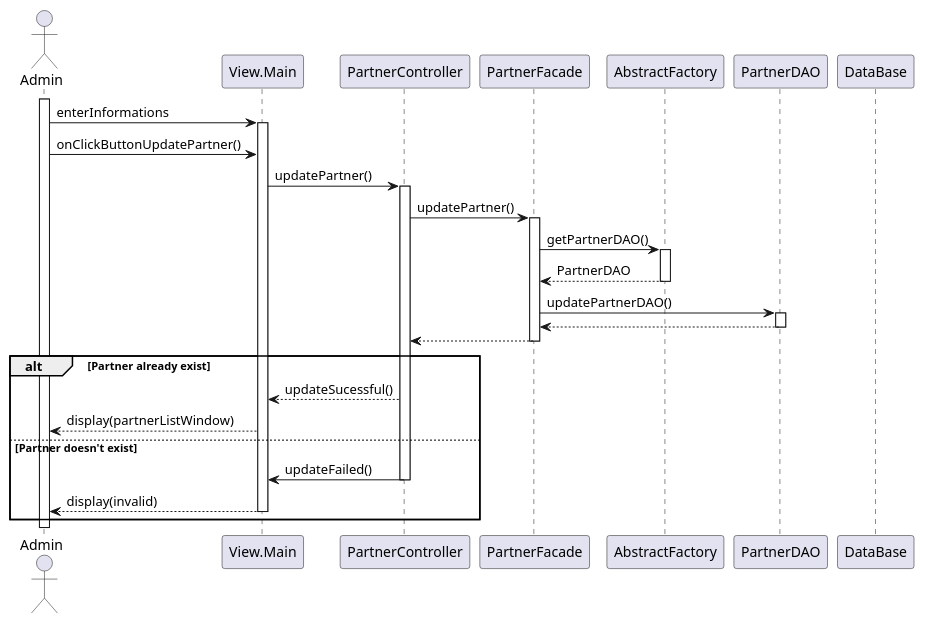
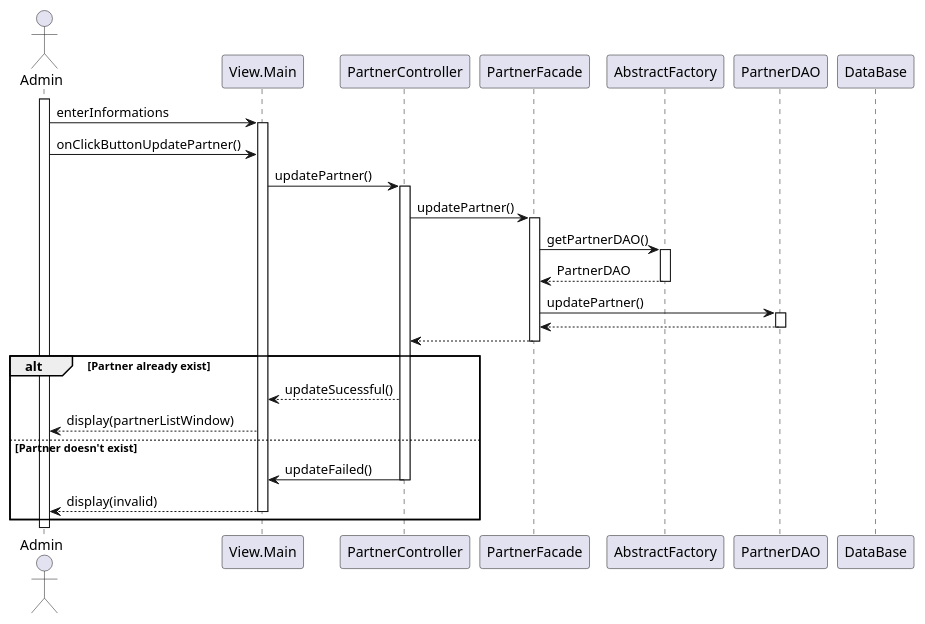
Before and after one commit to iusildra/WineCellar: the second of 3 diagrams in doc/reports/final/partners/partners_sequenceDiagram.plantUML, drawn with PlantUML. The commit also changed other lines of this file and 1 other file, not shown here.

```diff
--- a/doc/reports/final/partners/partners_sequenceDiagram.plantUML
+++ b/doc/reports/final/partners/partners_sequenceDiagram.plantUML
@@ -36,32 +36,32 @@
 @startuml <Update Partner>
 skinparam responseMessageBelowArrow true
 
 actor Admin
 participant View.Main
 participant PartnerController
 participant PartnerFacade
 participant AbstractFactory
 participant PartnerDAO
 participant DataBase
 
 activate Admin
 
 Admin -> View.Main++: enterInformations
 Admin -> View.Main: onClickButtonUpdatePartner()
 View.Main -> PartnerController++: updatePartner()
 PartnerController -> PartnerFacade++: updatePartner()
 PartnerFacade -> AbstractFactory++: getPartnerDAO()
 return PartnerDAO
-PartnerFacade -> PartnerDAO++: updatePartnerDAO()
+PartnerFacade -> PartnerDAO++: updatePartner()
 return
 return
 
 alt Partner already exist
     PartnerController --> View.Main: updateSucessful()
     View.Main --> Admin: display(partnerListWindow)
 else Partner doesn't exist
     PartnerController -> View.Main--: updateFailed()
     View.Main --> Admin--: display(invalid)
 end
 
 @enduml
```
